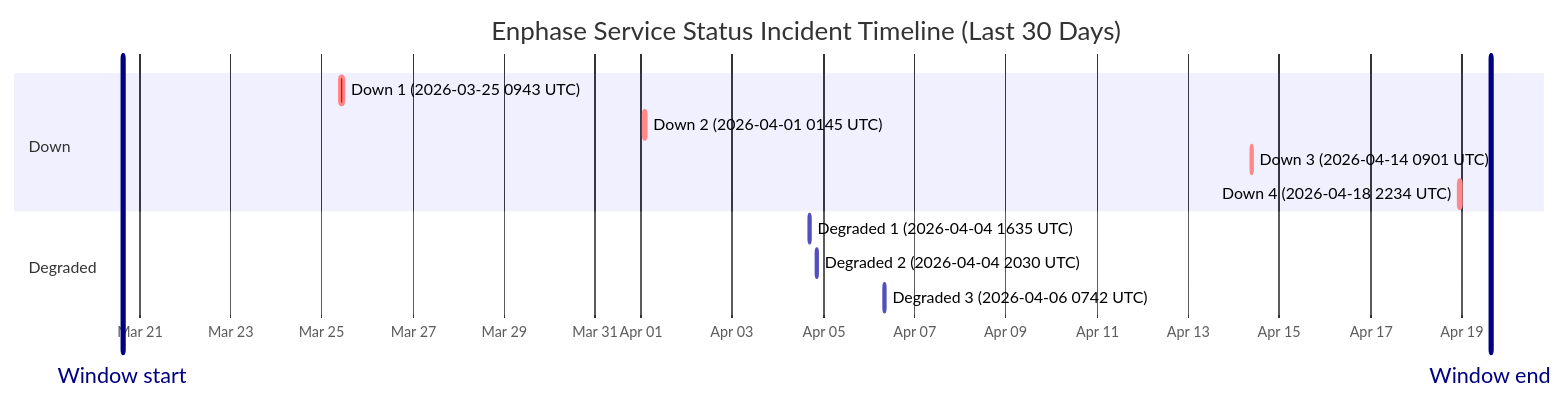
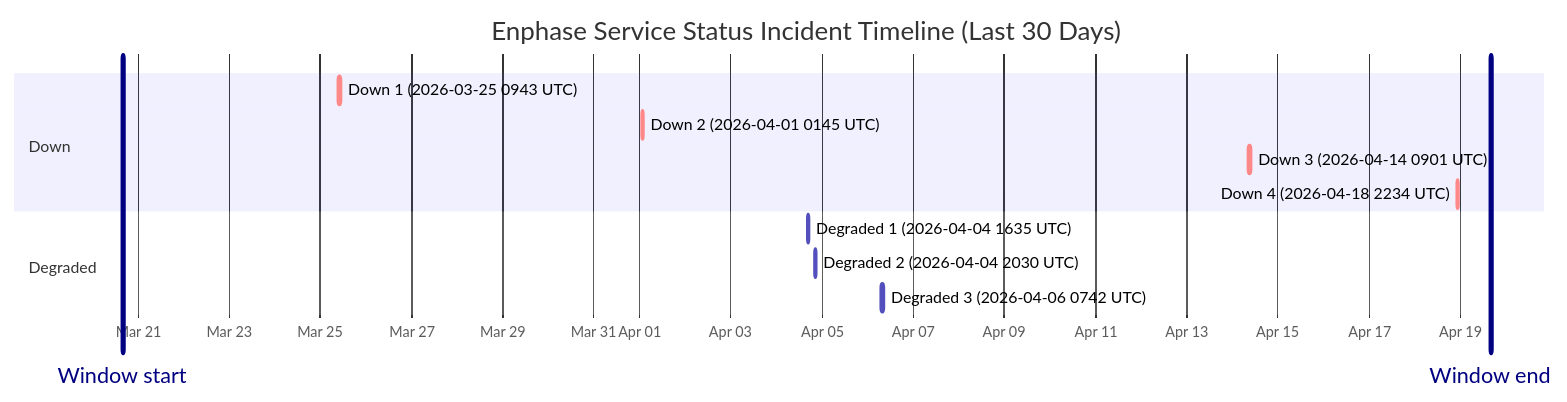
Before and after one commit to barneyonline/ha-enphase-ev-charger: the diagram in wiki/Service-Status-History.md, drawn with Mermaid. The commit also changed other lines of this file and 3 other files, not shown here.

````diff
--- a/wiki/Service-Status-History.md
+++ b/wiki/Service-Status-History.md
@@ -14,17 +14,17 @@
 ```mermaid
 gantt
     title Enphase Service Status Incident Timeline (Last 30 Days)
     dateFormat  YYYY-MM-DDTHH:mm:ss
     axisFormat  %b %d
-    Window start :vert, window-start, 2026-03-20T15:05:58, 0ms
-    Window end :vert, window-end, 2026-04-19T15:05:58, 0ms
+    Window start :vert, window-start, 2026-03-20T16:00:59, 0ms
+    Window end :vert, window-end, 2026-04-19T16:00:59, 0ms
     section Down
     Down 1 (2026-03-25 0943 UTC) :crit, down-1, 2026-03-25T09:43:28, 111m
     Down 2 (2026-04-01 0145 UTC) :crit, down-2, 2026-04-01T01:45:09, 60m
     Down 3 (2026-04-14 0901 UTC) :crit, down-3, 2026-04-14T09:01:13, 60m
     Down 4 (2026-04-18 2234 UTC) :crit, down-4, 2026-04-18T22:34:13, 60m
     section Degraded
     Degraded 1 (2026-04-04 1635 UTC) :active, degraded-1, 2026-04-04T16:35:17, 60m
     Degraded 2 (2026-04-04 2030 UTC) :active, degraded-2, 2026-04-04T20:30:40, 60m
     Degraded 3 (2026-04-06 0742 UTC) :active, degraded-3, 2026-04-06T07:42:09, 85m
 ```
````
